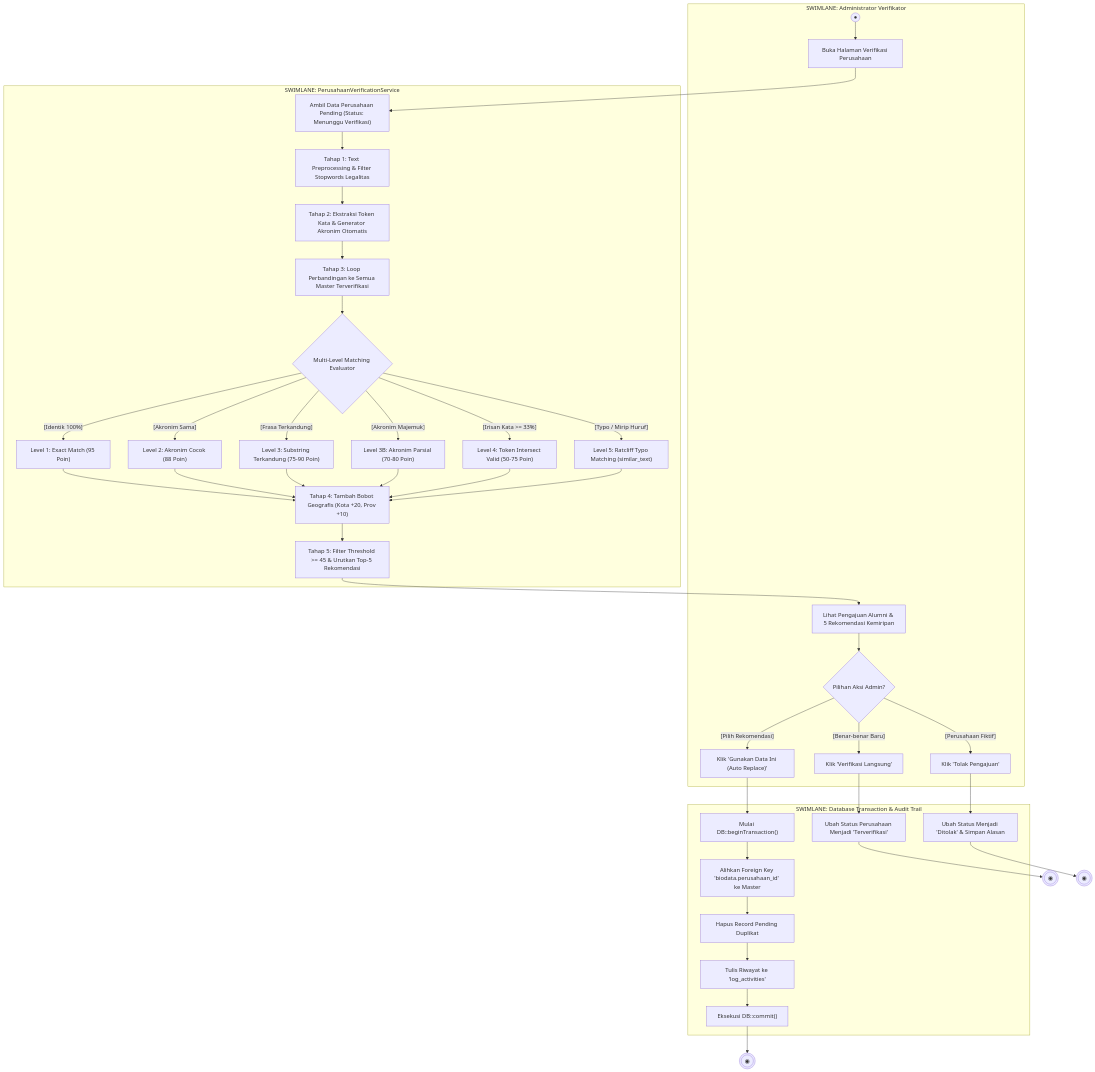
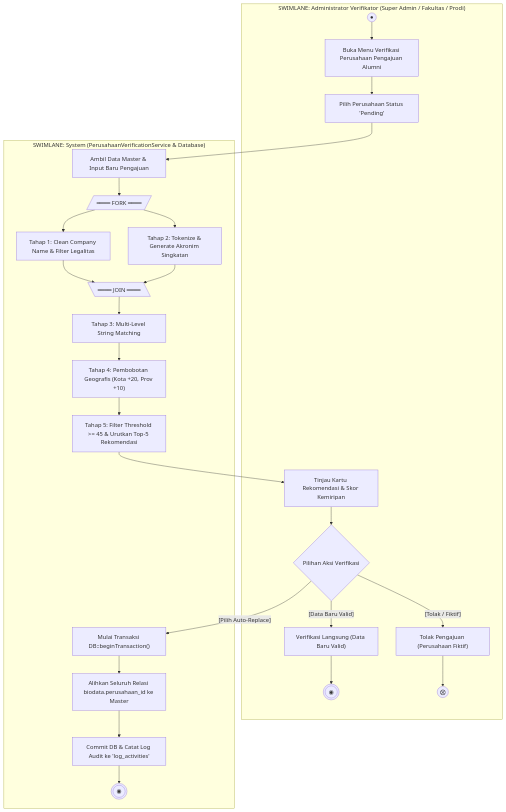
One commit to claraanjelitakd/tracer-ta changed the fourth of 4 diagrams in docs/activitydiagram.md. Above: the diagram before and after it, drawn with Mermaid. The commit also changed other lines of this file and 8 other files, not shown here.

Commit message:
docs: standarisasi UML Activity Diagram ke format 2-swimlane Sundaramoorthy dan tambahkan visual grafis retina

````diff
--- a/docs/activitydiagram.md
+++ b/docs/activitydiagram.md
@@ -512,82 +592,56 @@
 ```mermaid
 flowchart TD
-    %% SWIMLANES DEFINITION
-    subgraph Admin_Actor["SWIMLANE: Administrator Verifikator"]
-        Admin_Start((●)) --> Admin_OpenList["Buka Halaman Verifikasi Perusahaan"]
-        Admin_ViewCard["Lihat Pengajuan Alumni & 5 Rekomendasi Kemiripan"]
-        Admin_DecisionChoice{"Pilihan Aksi Admin?"}
-        Admin_ClickReplace["Klik 'Gunakan Data Ini (Auto Replace)'"]
-        Admin_ClickVerify["Klik 'Verifikasi Langsung'"]
-        Admin_ClickReject["Klik 'Tolak Pengajuan'"]
+    %% SWIMLANE 1: ADMINISTRATOR VERIFIKATOR
+    subgraph Admin_Lane["SWIMLANE: Administrator Verifikator (Super Admin / Fakultas / Prodi)"]
+        V_Start((●)) --> V_OpenList["Buka Menu Verifikasi Perusahaan Pengajuan Alumni"]
+        V_OpenList --> V_SelectPending["Pilih Perusahaan Status 'Pending'"]
+        
+        V_ViewCards["Tinjau Kartu Rekomendasi & Skor Kemiripan"]
+        V_DecisionChoice{"Pilihan Aksi Verifikasi"}
+        
+        V_DirectVerify["Verifikasi Langsung (Data Baru Valid)"]
+        EndDirectVerify(((◉)))
+        
+        V_Reject["Tolak Pengajuan (Perusahaan Fiktif)"]
+        FlowRejectCo((⨂))
     end
 
-    subgraph Service_Engine["SWIMLANE: PerusahaanVerificationService"]
-        S_FetchPending["Ambil Data Perusahaan Pending (Status: Menunggu Verifikasi)"]
-        S_CleanText["Tahap 1: Text Preprocessing & Filter Stopwords Legalitas"]
-        S_Tokenize["Tahap 2: Ekstraksi Token Kata & Generator Akronim Otomatis"]
-        S_LoopMasters["Tahap 3: Loop Perbandingan ke Semua Master Terverifikasi"]
+    %% SWIMLANE 2: SYSTEM
+    subgraph System_Lane["SWIMLANE: System (PerusahaanVerificationService & Database)"]
+        S_FetchData["Ambil Data Master & Input Baru Pengajuan"]
+        ForkSim[/"━━━━ FORK ━━━━"/]
+        S_CleanText["Tahap 1: Clean Company Name & Filter Legalitas"]
+        S_TokenAcronym["Tahap 2: Tokenize & Generate Akronim Singkatan"]
+        JoinSim[\"━━━━ JOIN ━━━━"\]
         
-        S_EvalMatch{"Multi-Level Matching Evaluator"}
-        S_ScoreExact["Level 1: Exact Match (95 Poin)"]
-        S_ScoreAcr["Level 2: Akronim Cocok (88 Poin)"]
-        S_ScoreSub["Level 3: Substring Terkandung (75-90 Poin)"]
-        S_ScoreAcrPart["Level 3B: Akronim Parsial (70-80 Poin)"]
-        S_ScoreToken["Level 4: Token Intersect Valid (50-75 Poin)"]
-        S_ScoreFuzzy["Level 5: Ratcliff Typo Matching (similar_text)"]
-
-        S_GeoBonus["Tahap 4: Tambah Bobot Geografis (Kota +20, Prov +10)"]
-        S_FilterRank["Tahap 5: Filter Threshold >= 45 & Urutkan Top-5 Rekomendasi"]
+        S_MultiMatch["Tahap 3: Multi-Level String Matching"]
+        S_GeoScoring["Tahap 4: Pembobotan Geografis (Kota +20, Prov +10)"]
+        S_FilterTop5["Tahap 5: Filter Threshold >= 45 & Urutkan Top-5 Rekomendasi"]
+        
+        S_BeginTx["Mulai Transaksi DB::beginTransaction()"]
+        S_MigrateAlumni["Alihkan Seluruh Relasi biodata.perusahaan_id ke Master"]
+        S_CommitTx["Commit DB & Catat Log Audit ke 'log_activities'"]
+        EndReplaceSuccess(((◉)))
     end
 
-    subgraph Database_Storage["SWIMLANE: Database Transaction & Audit Trail"]
-        DB_BeginTx["Mulai DB::beginTransaction()"]
-        DB_MigrateAlumni["Alihkan Foreign Key 'biodata.perusahaan_id' ke Master"]
-        DB_DeletePending["Hapus Record Pending Duplikat"]
-        DB_WriteAudit["Tulis Riwayat ke 'log_activities'"]
-        DB_CommitTx["Eksekusi DB::commit()"]
-        DB_UpdateDirect["Ubah Status Perusahaan Menjadi 'Terverifikasi'"]
-        DB_UpdateReject["Ubah Status Menjadi 'Ditolak' & Simpan Alasan"]
-    end
-
-    %% FLOW TRANSITIONS
-    Admin_OpenList --> S_FetchPending
-    S_FetchPending --> S_CleanText
-    S_CleanText --> S_Tokenize
-    S_Tokenize --> S_LoopMasters
-
-    S_LoopMasters --> S_EvalMatch
-    S_EvalMatch -- "[Identik 100%]" --> S_ScoreExact
-    S_EvalMatch -- "[Akronim Sama]" --> S_ScoreAcr
-    S_EvalMatch -- "[Frasa Terkandung]" --> S_ScoreSub
-    S_EvalMatch -- "[Akronim Majemuk]" --> S_ScoreAcrPart
-    S_EvalMatch -- "[Irisan Kata >= 33%]" --> S_ScoreToken
-    S_EvalMatch -- "[Typo / Mirip Huruf]" --> S_ScoreFuzzy
-
-    S_ScoreExact --> S_GeoBonus
-    S_ScoreAcr --> S_GeoBonus
-    S_ScoreSub --> S_GeoBonus
-    S_ScoreAcrPart --> S_GeoBonus
-    S_ScoreToken --> S_GeoBonus
-    S_ScoreFuzzy --> S_GeoBonus
-
-    S_GeoBonus --> S_FilterRank
-    S_FilterRank --> Admin_ViewCard
-
-    Admin_ViewCard --> Admin_DecisionChoice
-
-    Admin_DecisionChoice -- "[Pilih Rekomendasi]" --> Admin_ClickReplace
-    Admin_ClickReplace --> DB_BeginTx
-    DB_BeginTx --> DB_MigrateAlumni
-    DB_MigrateAlumni --> DB_DeletePending
-    DB_DeletePending --> DB_WriteAudit
-    DB_WriteAudit --> DB_CommitTx
-    DB_CommitTx --> EndReplace(((◉)))
-
-    Admin_DecisionChoice -- "[Benar-benar Baru]" --> Admin_ClickVerify
-    Admin_ClickVerify --> DB_UpdateDirect
-    DB_UpdateDirect --> EndVerify(((◉)))
-
-    Admin_DecisionChoice -- "[Perusahaan Fiktif]" --> Admin_ClickReject
-    Admin_ClickReject --> DB_UpdateReject
-    DB_UpdateReject --> EndReject(((◉)))
+    %% TRANSISI LINTAS SWIMLANE
+    V_SelectPending --> S_FetchData
+    S_FetchData --> ForkSim
+    ForkSim --> S_CleanText
+    ForkSim --> S_TokenAcronym
+    S_CleanText --> JoinSim
+    S_TokenAcronym --> JoinSim
+    JoinSim --> S_MultiMatch
+    S_MultiMatch --> S_GeoScoring
+    S_GeoScoring --> S_FilterTop5
+    S_FilterTop5 --> V_ViewCards
+    
+    V_ViewCards --> V_DecisionChoice
+    V_DecisionChoice -- "[Pilih Auto-Replace]" --> S_BeginTx
+    S_BeginTx --> S_MigrateAlumni
+    S_MigrateAlumni --> S_CommitTx
+    S_CommitTx --> EndReplaceSuccess
+    
+    V_DecisionChoice -- "[Data Baru Valid]" --> V_DirectVerify --> EndDirectVerify
+    V_DecisionChoice -- "[Tolak / Fiktif]" --> V_Reject --> FlowRejectCo
 ```
````
